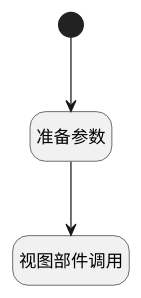
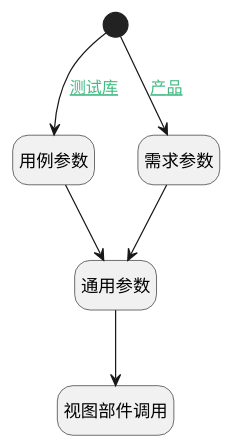
The diagram in doc/docsify/module/TestMgmt/review/uilogic/create_category.md (iBizLab/plm), drawn with PlantUML before and after one commit. The commit also changed other lines of this file and 799 other files, not shown here.

````diff
--- a/doc/docsify/module/TestMgmt/review/uilogic/create_category.md
+++ b/doc/docsify/module/TestMgmt/review/uilogic/create_category.md
@@ -7,21 +7,26 @@
 ```plantuml
 @startuml
 hide footbox
 <style>
 root {
   HyperlinkColor #42b983
 }
 </style>
 
 hide empty description
 state "开始" as Begin <<start>> [[$./create_category#begin {开始}]]
+state "用例参数" as PREPAREJSPARAM1  [[$./create_category#preparejsparam1 {用例参数}]]
 state "视图部件调用" as VIEWCTRLINVOKE1  [[$./create_category#viewctrlinvoke1 {视图部件调用}]]
-state "准备参数" as PREPAREJSPARAM1  [[$./create_category#preparejsparam1 {准备参数}]]
+state "需求参数" as PREPAREJSPARAM2  [[$./create_category#preparejsparam2 {需求参数}]]
+state "通用参数" as PREPAREJSPARAM3  [[$./create_category#preparejsparam3 {通用参数}]]
 
 
-Begin --> PREPAREJSPARAM1
-PREPAREJSPARAM1 --> VIEWCTRLINVOKE1
+Begin --> PREPAREJSPARAM1 : [[$./create_category#begin-preparejsparam1{测试库} 测试库]]
+PREPAREJSPARAM1 --> PREPAREJSPARAM3
+PREPAREJSPARAM3 --> VIEWCTRLINVOKE1
+Begin --> PREPAREJSPARAM2 : [[$./create_category#begin-preparejsparam2{产品} 产品]]
+PREPAREJSPARAM2 --> PREPAREJSPARAM3
 
 
 @enduml
 ```
````
